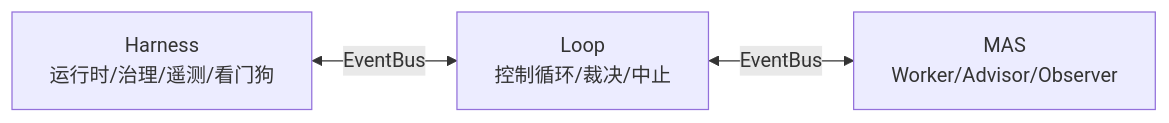
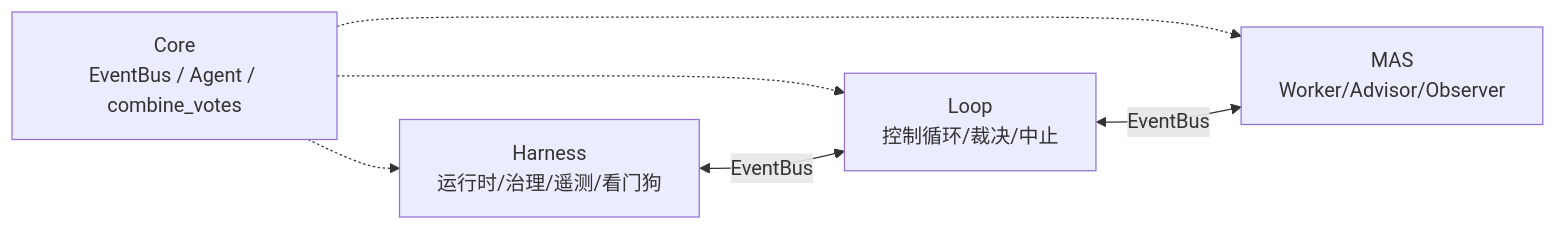
The diagram in docs/index.md (sunbos/stability-check), drawn with Mermaid before and after one commit. The commit also changed other lines of this file and 6 other files, not shown here.

````diff
--- a/docs/index.md
+++ b/docs/index.md
@@ -45,5 +46,8 @@
 ```mermaid
 flowchart LR
-    H[Harness<br/>运行时/治理/遥测/看门狗] <-->|EventBus| L[Loop<br/>控制循环/裁决/中止]
-    L <-->|EventBus| M[MAS<br/>Worker/Advisor/Observer]
+    C[Core<br/>EventBus / Agent / combine_votes] -.-> H[Harness<br/>运行时/治理/遥测/看门狗]
+    C -.-> L[Loop<br/>控制循环/裁决/中止]
+    C -.-> M[MAS<br/>Worker/Advisor/Observer]
+    H <-->|EventBus| L
+    L <-->|EventBus| M
 ```
````
